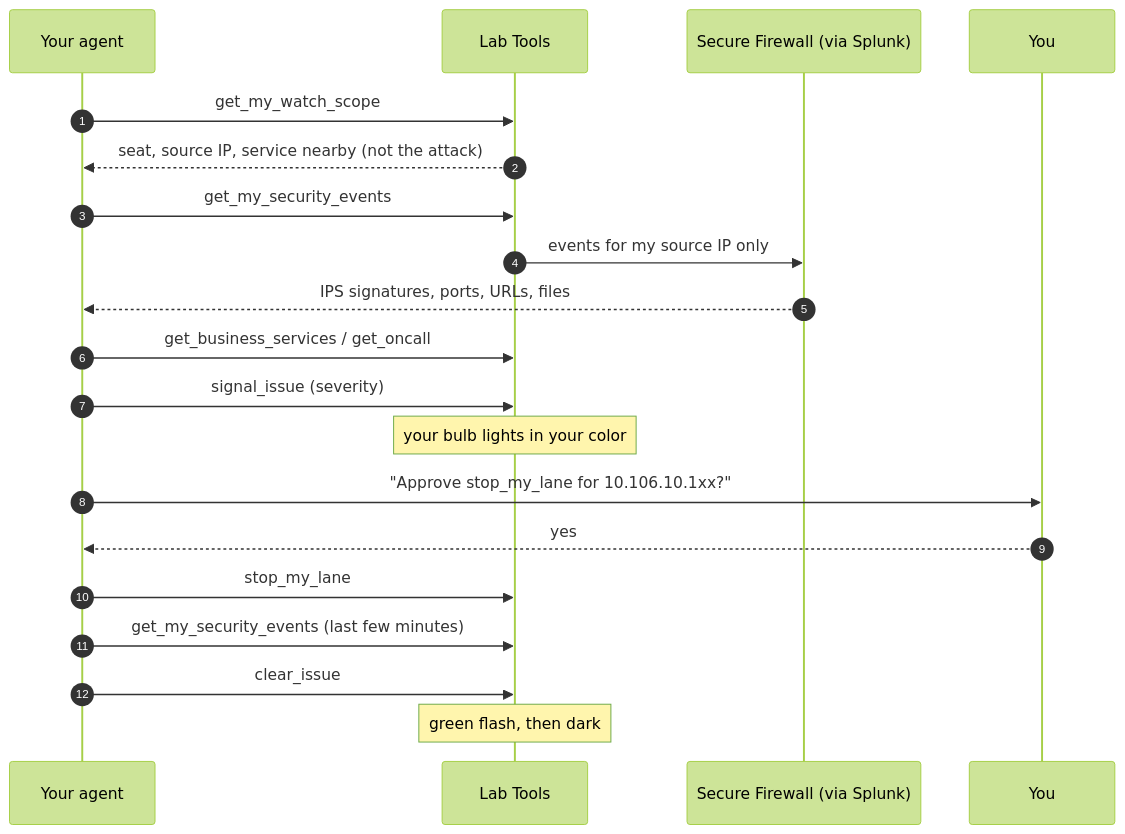
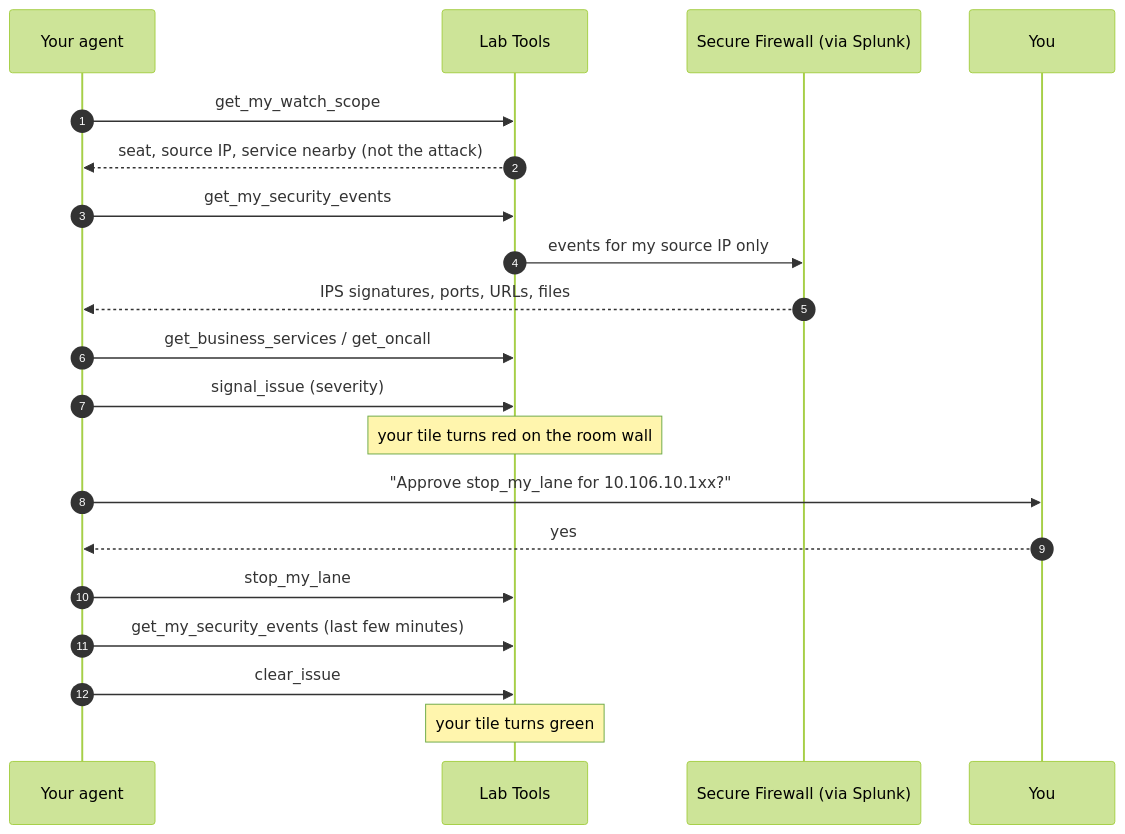
The diagram in docs/part2/index.md (mokuma56/cloud-control-agent-lab-guide), drawn with Mermaid (forest theme) before and after one commit. The commit also changed other lines of this file and 12 other files, not shown here.

First line of the commit message:
Replace table bulbs with the Night Watch room wall

````diff
--- a/docs/part2/index.md
+++ b/docs/part2/index.md
@@ -18,22 +18,22 @@
 ```mermaid
 sequenceDiagram
   autonumber
   participant A as Your agent
   participant L as Lab Tools
   participant F as Secure Firewall (via Splunk)
   participant Y as You
   A->>L: get_my_watch_scope
   L-->>A: seat, source IP, service nearby (not the attack)
   A->>L: get_my_security_events
   L->>F: events for my source IP only
   F-->>A: IPS signatures, ports, URLs, files
   A->>L: get_business_services / get_oncall
   A->>L: signal_issue (severity)
-  Note over L: your bulb lights in your color
+  Note over L: your tile turns red on the room wall
   A->>Y: "Approve stop_my_lane for 10.106.10.1xx?"
   Y-->>A: yes
   A->>L: stop_my_lane
   A->>L: get_my_security_events (last few minutes)
   A->>L: clear_issue
-  Note over L: green flash, then dark
+  Note over L: your tile turns green
 ```
````
